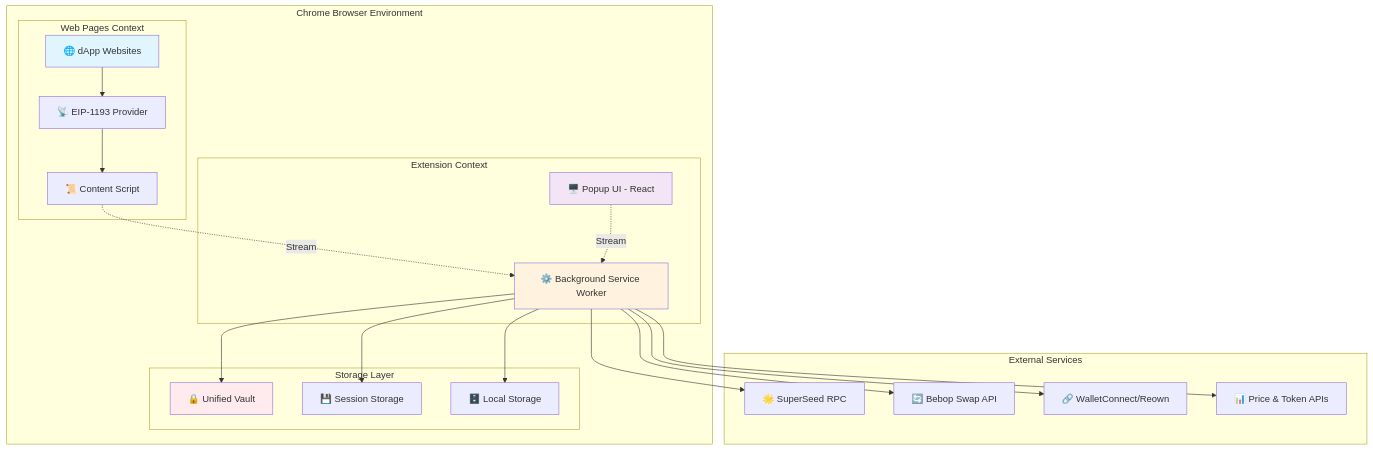
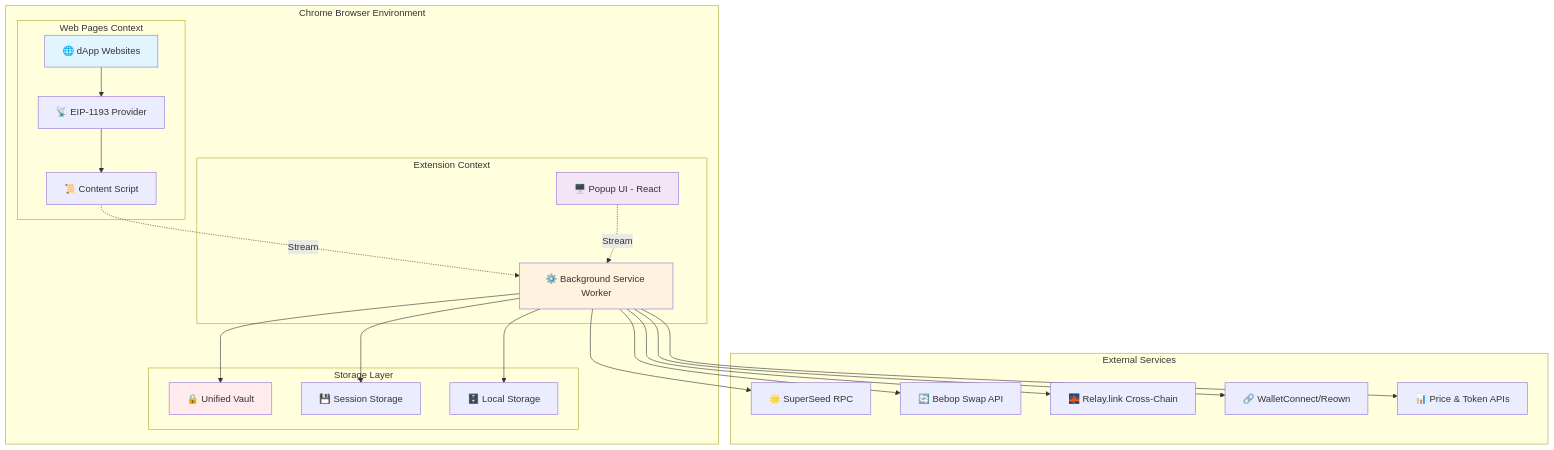
One commit to SuperSafeWallet/SuperSafe-Docs changed the first of 6 diagrams in doc-sources/ARCHITECTURE.md. Above: the diagram before and after it, drawn with Mermaid. The commit also changed other lines of this file and 85 other files, not shown here.

````diff
--- a/doc-sources/ARCHITECTURE.md
+++ b/doc-sources/ARCHITECTURE.md
@@ -59,48 +64,50 @@
 ```mermaid
 graph TB
     subgraph "Chrome Browser Environment"
         subgraph "Web Pages Context"
             DAPP[🌐 dApp Websites]
             PROVIDER[📡 EIP-1193 Provider]
             CONTENT[📜 Content Script]
         end
         
         subgraph "Extension Context"
             POPUP[🖥️ Popup UI - React]
             BACKGROUND[⚙️ Background Service Worker]
         end
         
         subgraph "Storage Layer"
             VAULT[🔒 Unified Vault]
             SESSION[💾 Session Storage]
             LOCAL[🗄️ Local Storage]
         end
     end
     
     subgraph "External Services"
         SUPERSEED[🌟 SuperSeed RPC]
         BEBOP[🔄 Bebop Swap API]
+        RELAY[🌉 Relay.link Cross-Chain]
         WALLETCONNECT[🔗 WalletConnect/Reown]
         APIS[📊 Price & Token APIs]
     end
     
     %% Communication Flow
     DAPP --> PROVIDER
     PROVIDER --> CONTENT
     CONTENT -.Stream.-> BACKGROUND
     POPUP -.Stream.-> BACKGROUND
     
     BACKGROUND --> VAULT
     BACKGROUND --> SESSION
     BACKGROUND --> LOCAL
     
     BACKGROUND --> SUPERSEED
     BACKGROUND --> BEBOP
+    BACKGROUND --> RELAY
     BACKGROUND --> WALLETCONNECT
     BACKGROUND --> APIS
     
     style DAPP fill:#e1f5fe
     style POPUP fill:#f3e5f5
     style BACKGROUND fill:#fff3e0
     style VAULT fill:#ffebee
 ```
````
